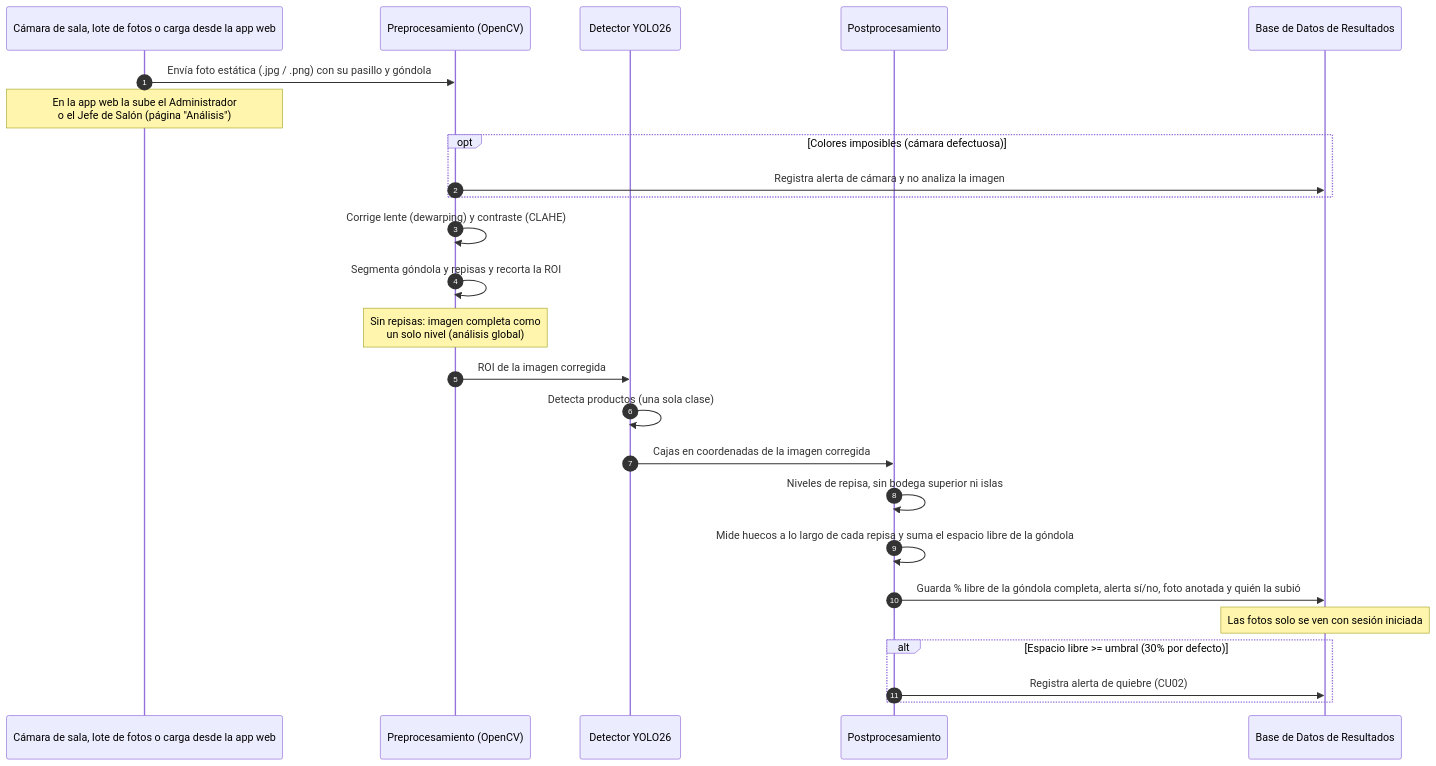
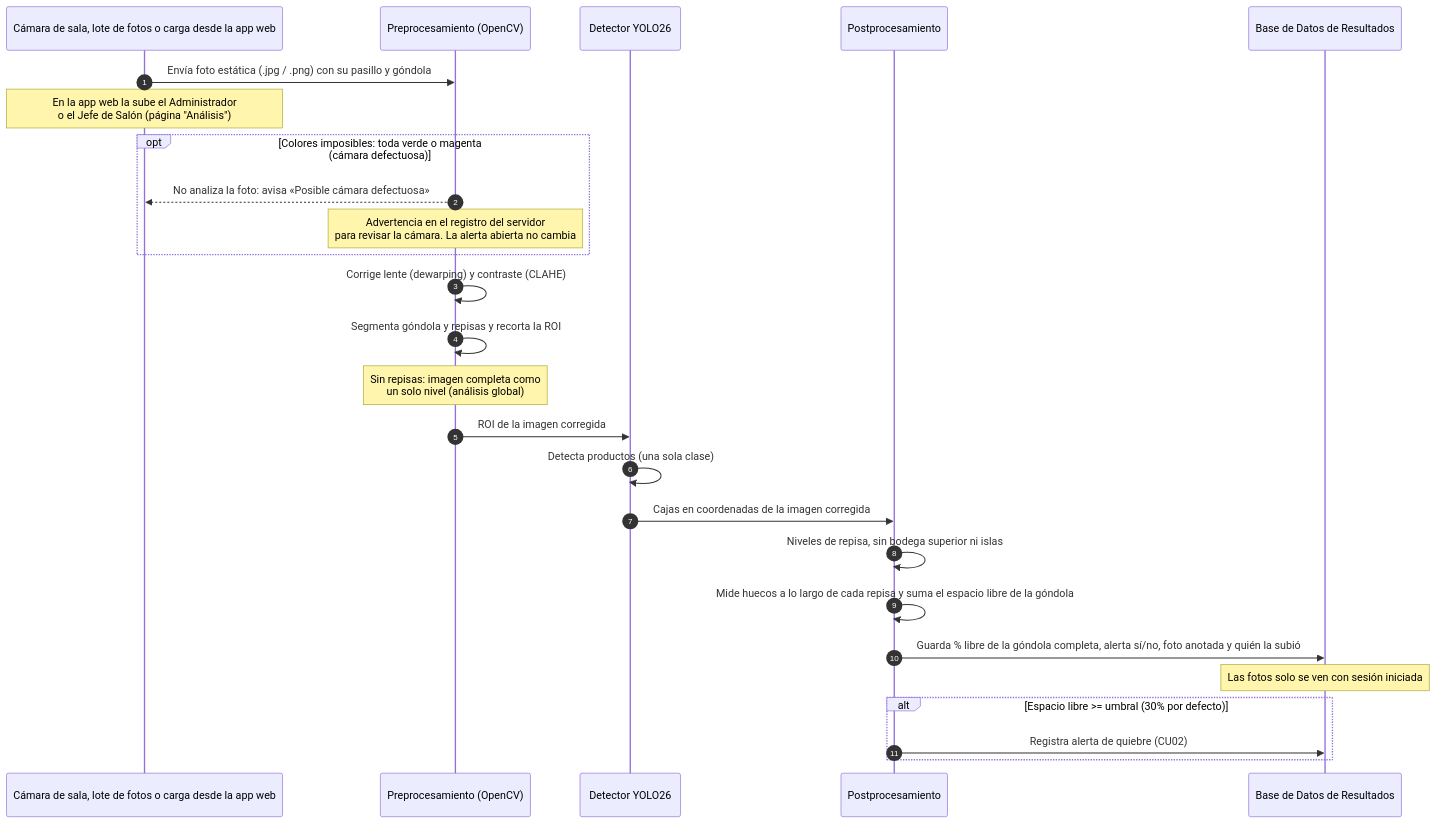
The diagram in Fase 2/Evidencias Proyecto/Evidencias de documentación/Diseño/Diagramas fuente (Mermaid)/Diagrama C.U 01.mmd (marcianabun/capstone), drawn with Mermaid before and after one commit. The commit also changed 19 other files, not shown here.

First line of the commit message:
feat: no analiza la foto de una cámara defectuosa, toda verde o magenta (#87)

```diff
--- a/Fase 2/Evidencias Proyecto/Evidencias de documentación/Diseño/Diagramas fuente (Mermaid)/Diagrama C.U 01.mmd
+++ b/Fase 2/Evidencias Proyecto/Evidencias de documentación/Diseño/Diagramas fuente (Mermaid)/Diagrama C.U 01.mmd
@@ -1,25 +1,26 @@
 sequenceDiagram
     autonumber
     participant Cam as Cámara de sala, lote de fotos o carga desde la app web
     participant Pre as Preprocesamiento (OpenCV)
     participant Det as Detector YOLO26
     participant Post as Postprocesamiento
     participant BD as Base de Datos de Resultados
     Cam->>Pre: Envía foto estática (.jpg / .png) con su pasillo y góndola
     Note over Cam: En la app web la sube el Administrador<br/>o el Jefe de Salón (página "Análisis")
-    opt Colores imposibles (cámara defectuosa)
-        Pre->>BD: Registra alerta de cámara y no analiza la imagen
+    opt Colores imposibles: toda verde o magenta (cámara defectuosa)
+        Pre-->>Cam: No analiza la foto: avisa «Posible cámara defectuosa»
+        Note over Pre: Advertencia en el registro del servidor<br/>para revisar la cámara. La alerta abierta no cambia
     end
     Pre->>Pre: Corrige lente (dewarping) y contraste (CLAHE)
     Pre->>Pre: Segmenta góndola y repisas y recorta la ROI
     Note over Pre: Sin repisas: imagen completa como<br/>un solo nivel (análisis global)
     Pre->>Det: ROI de la imagen corregida
     Det->>Det: Detecta productos (una sola clase)
     Det->>Post: Cajas en coordenadas de la imagen corregida
     Post->>Post: Niveles de repisa, sin bodega superior ni islas
     Post->>Post: Mide huecos a lo largo de cada repisa y suma el espacio libre de la góndola
     Post->>BD: Guarda % libre de la góndola completa, alerta sí/no, foto anotada y quién la subió
     Note over BD: Las fotos solo se ven con sesión iniciada
     alt Espacio libre >= umbral (30% por defecto)
         Post->>BD: Registra alerta de quiebre (CU02)
     end
```
